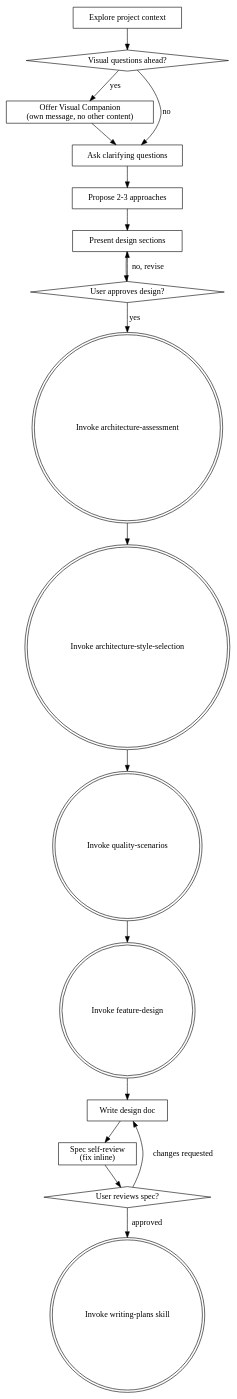
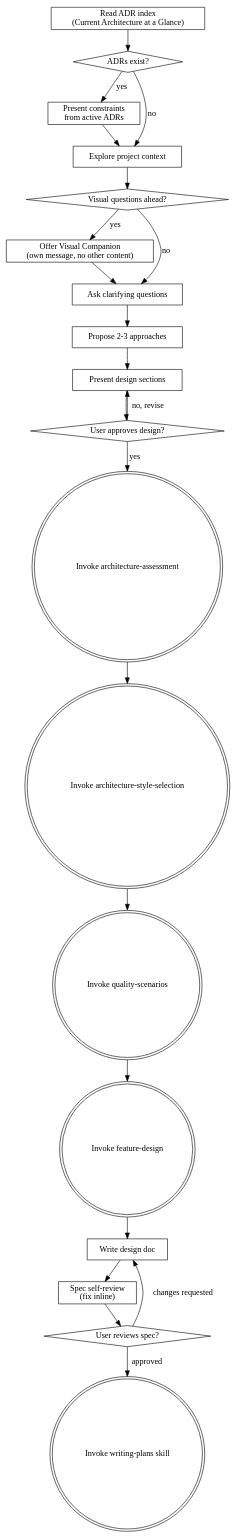
Before and after one commit to florian23/superflowers: the diagram in skills/brainstorming/SKILL.md, drawn with Graphviz. The commit also changed other lines of this file and 96 other files, not shown here.

First line of the commit message:
Add architecture-decisions skill with full workflow integration

````diff
--- a/skills/brainstorming/SKILL.md
+++ b/skills/brainstorming/SKILL.md
@@ -39,38 +39,46 @@
 ```dot
 digraph brainstorming {
+    "Read ADR index\n(Current Architecture at a Glance)" [shape=box];
+    "ADRs exist?" [shape=diamond];
+    "Present constraints\nfrom active ADRs" [shape=box];
     "Explore project context" [shape=box];
+
+    "Read ADR index\n(Current Architecture at a Glance)" -> "ADRs exist?";
+    "ADRs exist?" -> "Present constraints\nfrom active ADRs" [label="yes"];
+    "ADRs exist?" -> "Explore project context" [label="no"];
+    "Present constraints\nfrom active ADRs" -> "Explore project context";
     "Visual questions ahead?" [shape=diamond];
     "Offer Visual Companion\n(own message, no other content)" [shape=box];
     "Ask clarifying questions" [shape=box];
     "Propose 2-3 approaches" [shape=box];
     "Present design sections" [shape=box];
     "User approves design?" [shape=diamond];
     "Write design doc" [shape=box];
     "Spec self-review\n(fix inline)" [shape=box];
     "User reviews spec?" [shape=diamond];
     "Invoke writing-plans skill" [shape=doublecircle];
 
     "Explore project context" -> "Visual questions ahead?";
     "Visual questions ahead?" -> "Offer Visual Companion\n(own message, no other content)" [label="yes"];
     "Visual questions ahead?" -> "Ask clarifying questions" [label="no"];
     "Offer Visual Companion\n(own message, no other content)" -> "Ask clarifying questions";
     "Ask clarifying questions" -> "Propose 2-3 approaches";
     "Propose 2-3 approaches" -> "Present design sections";
     "Present design sections" -> "User approves design?";
     "User approves design?" -> "Present design sections" [label="no, revise"];
     "Invoke architecture-assessment" [shape=doublecircle];
     "Invoke feature-design" [shape=doublecircle];
 
     "User approves design?" -> "Invoke architecture-assessment" [label="yes"];
     "Invoke architecture-style-selection" [shape=doublecircle];
     "Invoke architecture-assessment" -> "Invoke architecture-style-selection";
     "Invoke quality-scenarios" [shape=doublecircle];
     "Invoke architecture-style-selection" -> "Invoke quality-scenarios";
     "Invoke quality-scenarios" -> "Invoke feature-design";
     "Invoke feature-design" -> "Write design doc";
     "Write design doc" -> "Spec self-review\n(fix inline)";
     "Spec self-review\n(fix inline)" -> "User reviews spec?";
     "User reviews spec?" -> "Write design doc" [label="changes requested"];
     "User reviews spec?" -> "Invoke writing-plans skill" [label="approved"];
 }
 ```
````
